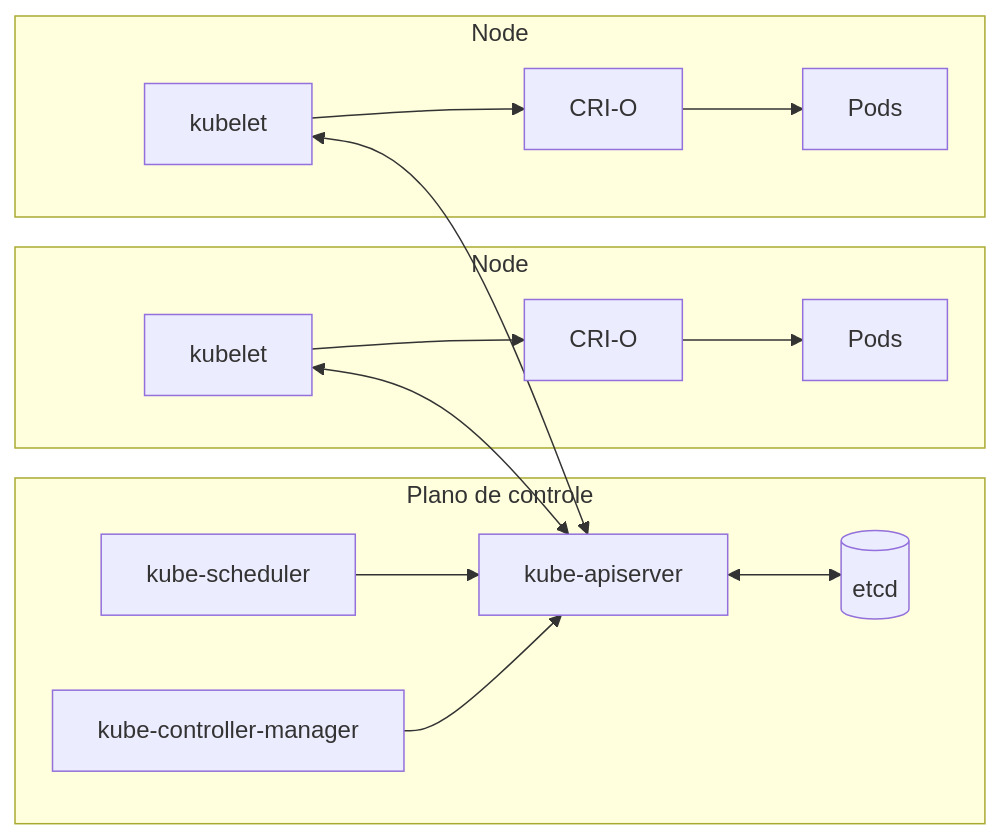
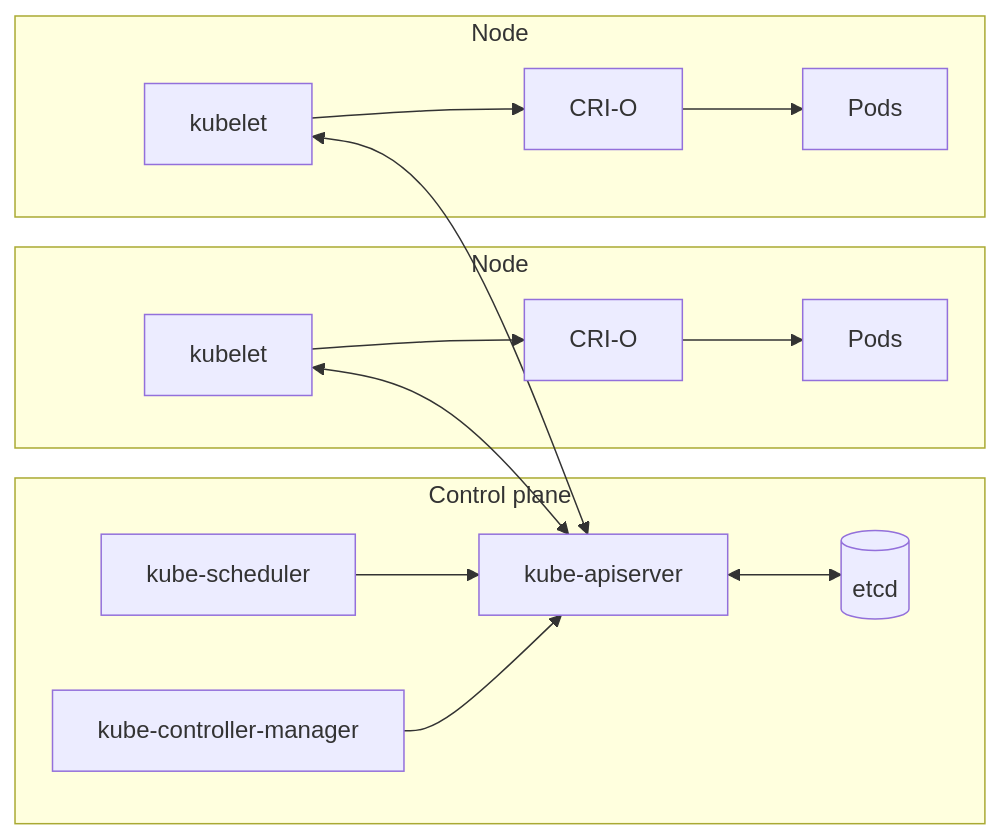
Before and after one commit to eduardoandradej/glossario-openshift-kubernetes: the diagram in categorias/00-fundamentos-e-linguagem/verbetes/cluster.md, drawn with Mermaid. The commit also changed other lines of this file and 40 other files, not shown here.

````diff
--- a/categorias/00-fundamentos-e-linguagem/verbetes/cluster.md
+++ b/categorias/00-fundamentos-e-linguagem/verbetes/cluster.md
@@ -24,16 +24,16 @@
 ```mermaid
 flowchart LR
-    subgraph CP["Plano de controle"]
+    subgraph CP["Control plane"]
         API["kube-apiserver"] <--> ETCD[("etcd")]
         SCH["kube-scheduler"] --> API
         CM["kube-controller-manager"] --> API
     end
     subgraph N1["Node"]
         KL1["kubelet"] --> RT1["CRI-O"] --> P1["Pods"]
     end
     subgraph N2["Node"]
         KL2["kubelet"] --> RT2["CRI-O"] --> P2["Pods"]
     end
     KL1 <--> API
     KL2 <--> API
 ```
````
